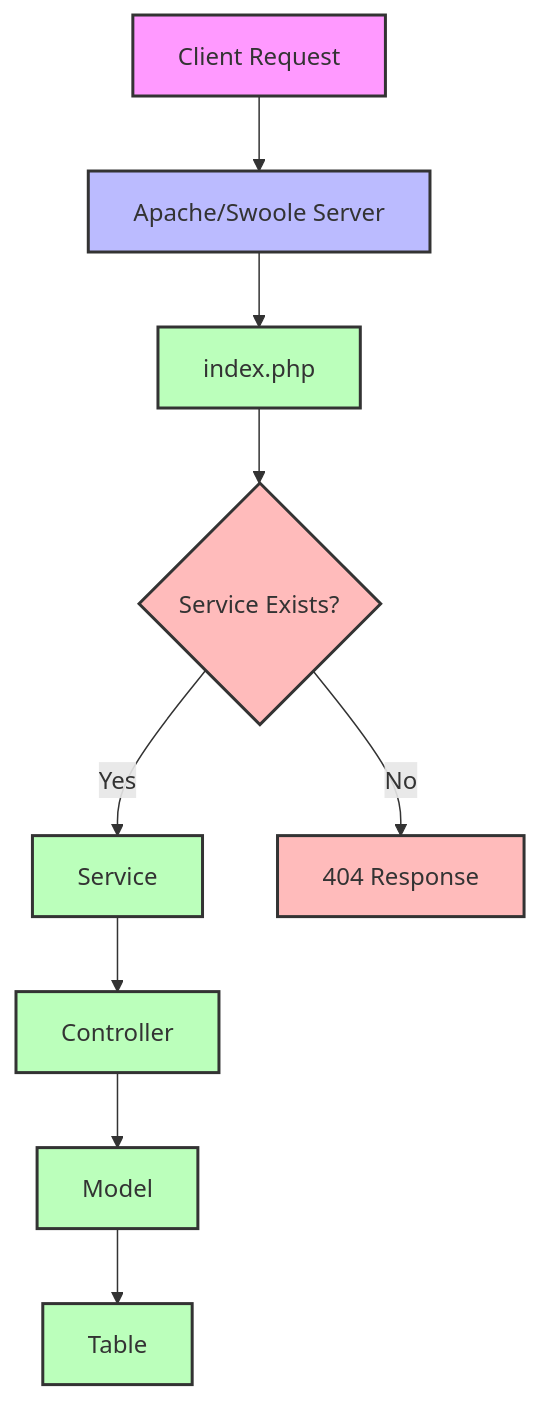
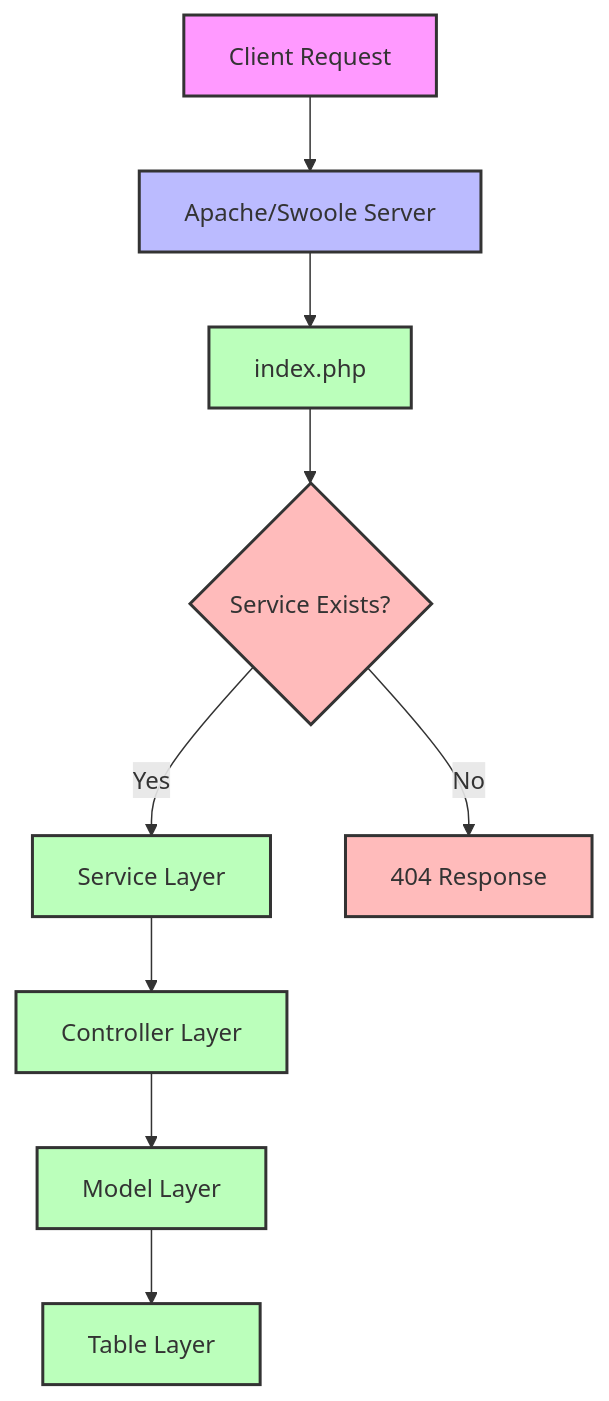
One commit to secure73/gemvc changed the diagram in README.md. Above: the diagram before and after it, drawn with Mermaid.

````diff
--- a/README.md
+++ b/README.md
@@ -49,21 +49,21 @@
 ```mermaid
 graph TD
     A[Client Request] --> B[Apache/Swoole Server]
     B --> C[index.php]
     C --> D{Service Exists?}
-    D -->|Yes| G[Service]
+    D -->|Yes| G[Service Layer]
     D -->|No| F[404 Response]
-    G --> H[Controller]
-    H --> I[Model]
-    I --> J[Table]
+    G --> H[Controller Layer]
+    H --> I[Model Layer]
+    I --> J[Table Layer]
     
     style A fill:#f9f,stroke:#333,stroke-width:2px
     style B fill:#bbf,stroke:#333,stroke-width:2px
     style C fill:#bfb,stroke:#333,stroke-width:2px
     style D fill:#fbb,stroke:#333,stroke-width:2px
     style F fill:#fbb,stroke:#333,stroke-width:2px
     style G fill:#bfb,stroke:#333,stroke-width:2px
     style H fill:#bfb,stroke:#333,stroke-width:2px
     style I fill:#bfb,stroke:#333,stroke-width:2px
     style J fill:#bfb,stroke:#333,stroke-width:2px
 ```
````
